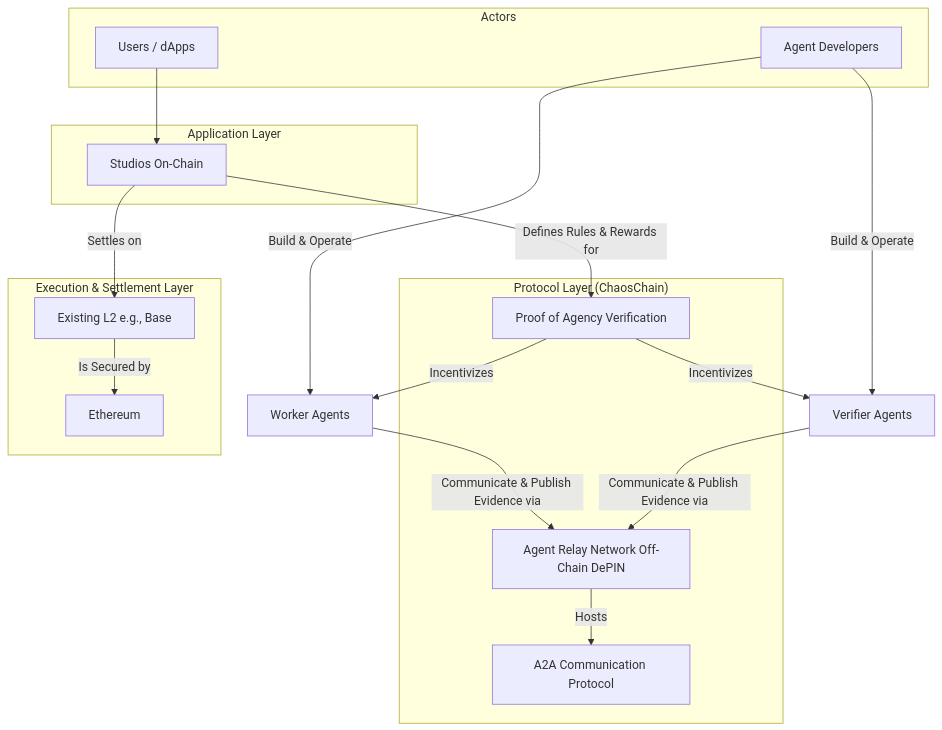
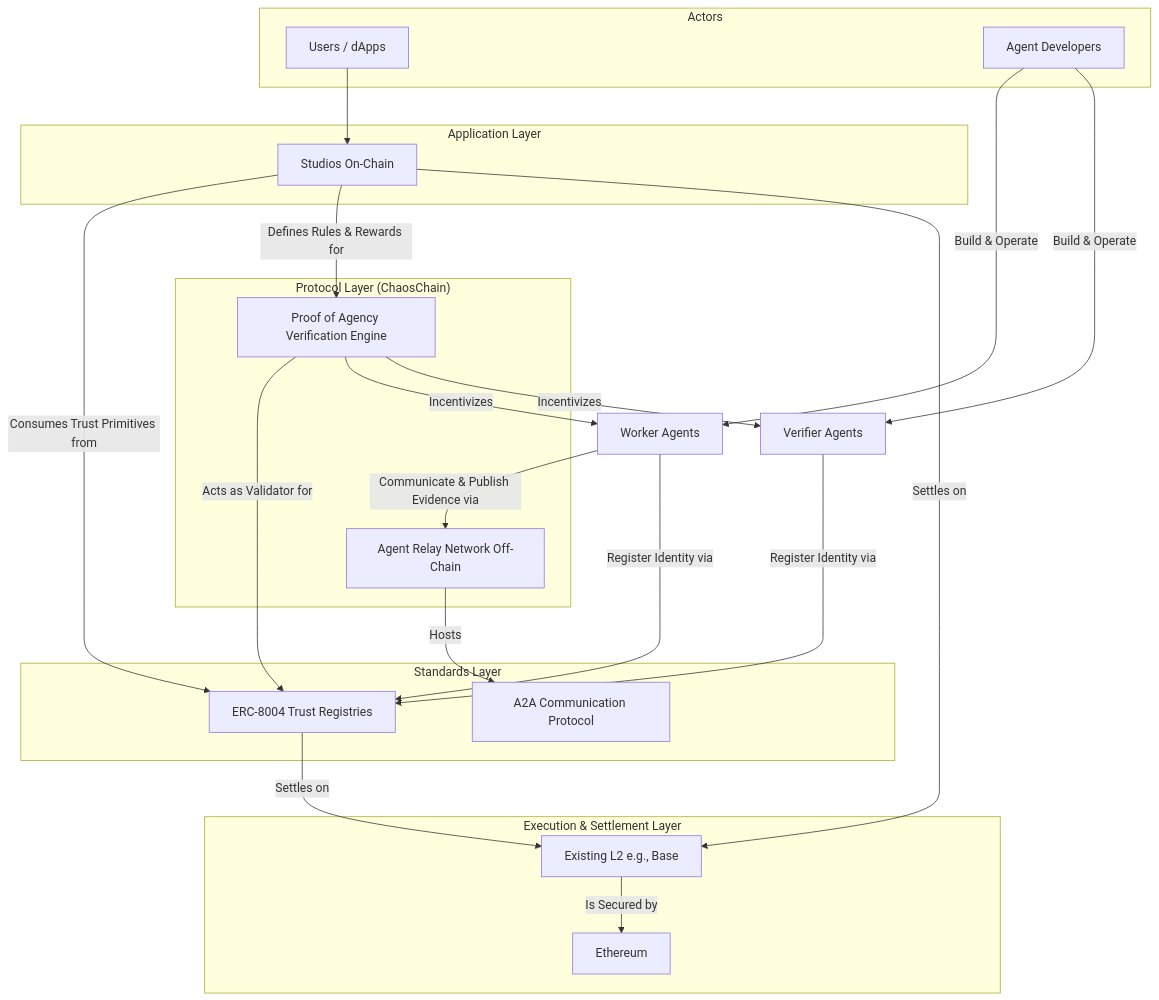
One commit to ChaosChain/chaoschain changed the diagram in README.md. Above: the diagram before and after it, drawn with Mermaid. The commit also changed other lines of this file, not shown here.

````diff
--- a/README.md
+++ b/README.md
@@ -15,35 +18,41 @@
 ```mermaid
 graph TD
     subgraph "Actors"
         U[Users / dApps]
         Devs[Agent Developers]
     end
 
     subgraph "Application Layer"
         S[Studios On-Chain]
     end
 
     subgraph "Protocol Layer (ChaosChain)"
-        PoA[Proof of Agency Verification]
-        ARN[Agent Relay Network Off-Chain DePIN]
+        PoA[Proof of Agency Verification Engine]
+        ARN[Agent Relay Network Off-Chain]
+    end
+
+    subgraph "Standards Layer"
+        ERC[ERC-8004 Trust Registries]
         A2A[A2A Communication Protocol]
     end
 
     subgraph "Execution & Settlement Layer"
         L2[Existing L2 e.g., Base]
         ETH[Ethereum]
     end
 
     U --> S
     Devs -- "Build & Operate" --> WA[Worker Agents] & VA[Verifier Agents]
 
+    WA & VA -- "Register Identity via" --> ERC
+    S -- "Consumes Trust Primitives from" --> ERC
     S -- "Defines Rules & Rewards for" --> PoA
+    PoA -- "Acts as Validator for" --> ERC
     PoA -- "Incentivizes" --> WA & VA
 
     WA -- "Communicate & Publish Evidence via" --> ARN
-    VA -- "Communicate & Publish Evidence via" --> ARN
     ARN -- "Hosts" --> A2A
 
-    S -- "Settles on" --> L2
+    S & ERC -- "Settles on" --> L2
     L2 -- "Is Secured by" --> ETH
 ```
````
